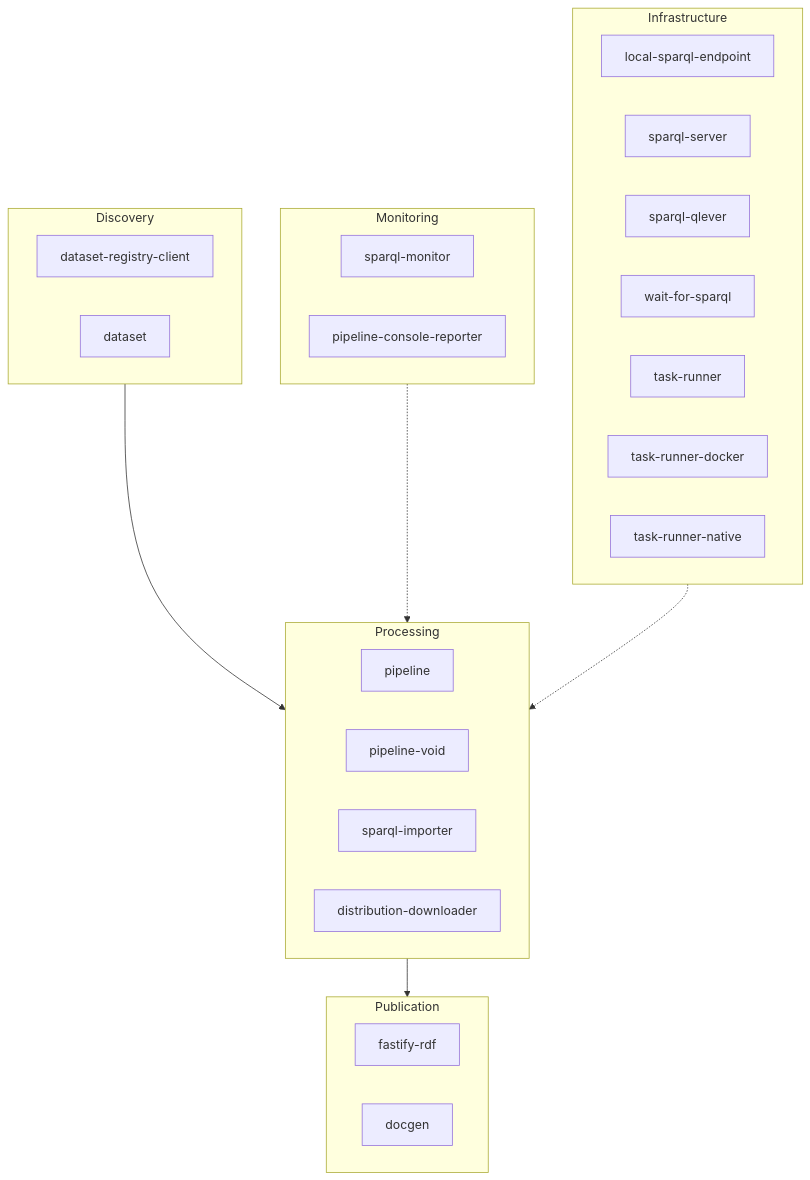
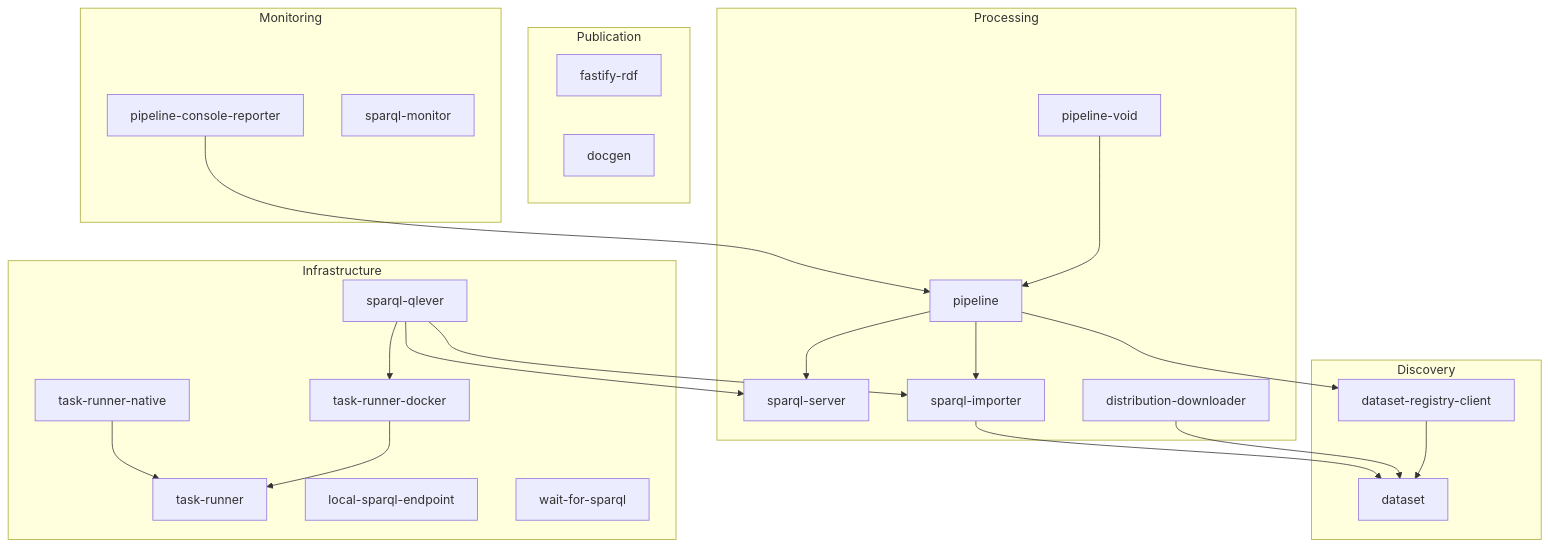
Before and after one commit to ldengine/lde: the second of 3 diagrams in README.md, drawn with Mermaid. The commit also changed other lines of this file, not shown here.

First line of the commit message:
docs: use HTML table for packages, show diagram variants

````diff
--- a/README.md
+++ b/README.md
@@ -40,39 +54,37 @@
 ```mermaid
 graph TD
   subgraph Discovery
-    DR[dataset-registry-client]
-    DS[dataset]
+    dataset
+    dataset-registry-client --> dataset
   end
 
   subgraph Processing
-    P[pipeline]
-    PV[pipeline-void]
-    SI[sparql-importer]
-    DD[distribution-downloader]
+    pipeline --> dataset-registry-client
+    pipeline --> sparql-server
+    pipeline --> sparql-importer
+    pipeline-void --> pipeline
+    distribution-downloader --> dataset
+    sparql-importer --> dataset
   end
 
   subgraph Publication
-    FR[fastify-rdf]
-    DG[docgen]
+    fastify-rdf
+    docgen
   end
 
   subgraph Monitoring
-    SM[sparql-monitor]
-    PCR[pipeline-console-reporter]
+    pipeline-console-reporter --> pipeline
+    sparql-monitor
   end
 
   subgraph Infrastructure
-    LSE[local-sparql-endpoint]
-    SS[sparql-server]
-    SQ[sparql-qlever]
-    WFS[wait-for-sparql]
-    TR[task-runner]
-    TRD[task-runner-docker]
-    TRN[task-runner-native]
+    sparql-qlever --> sparql-importer
+    sparql-qlever --> sparql-server
+    sparql-qlever --> task-runner-docker
+    task-runner-docker --> task-runner
+    task-runner-native --> task-runner
+    sparql-server
+    local-sparql-endpoint
+    wait-for-sparql
   end
-
-  Discovery --> Processing
-  Processing --> Publication
-  Monitoring -.-> Processing
-  Infrastructure -.-> Processing
 ```
````
